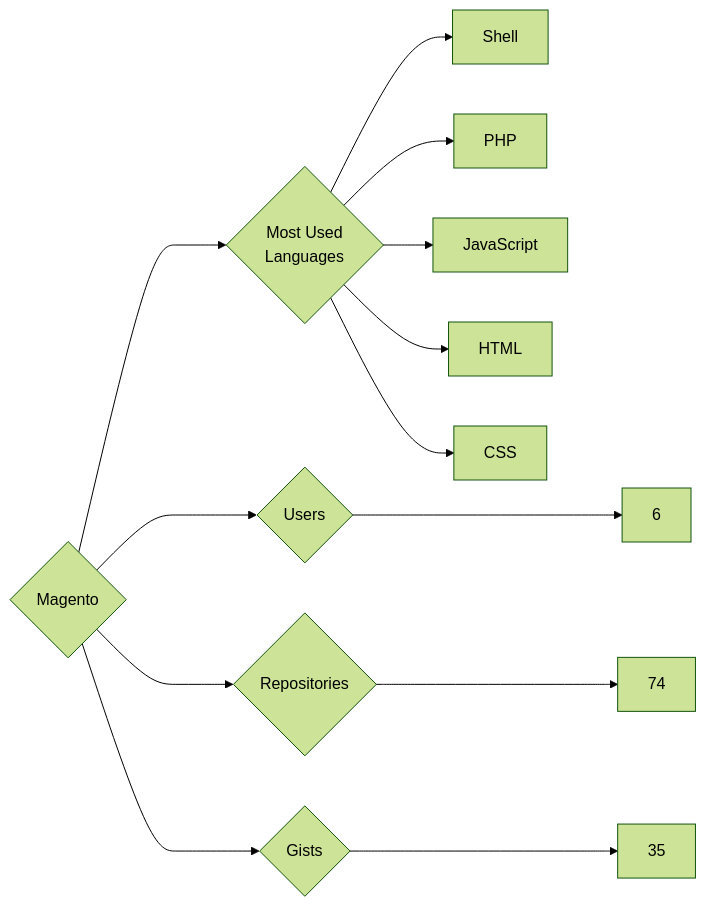
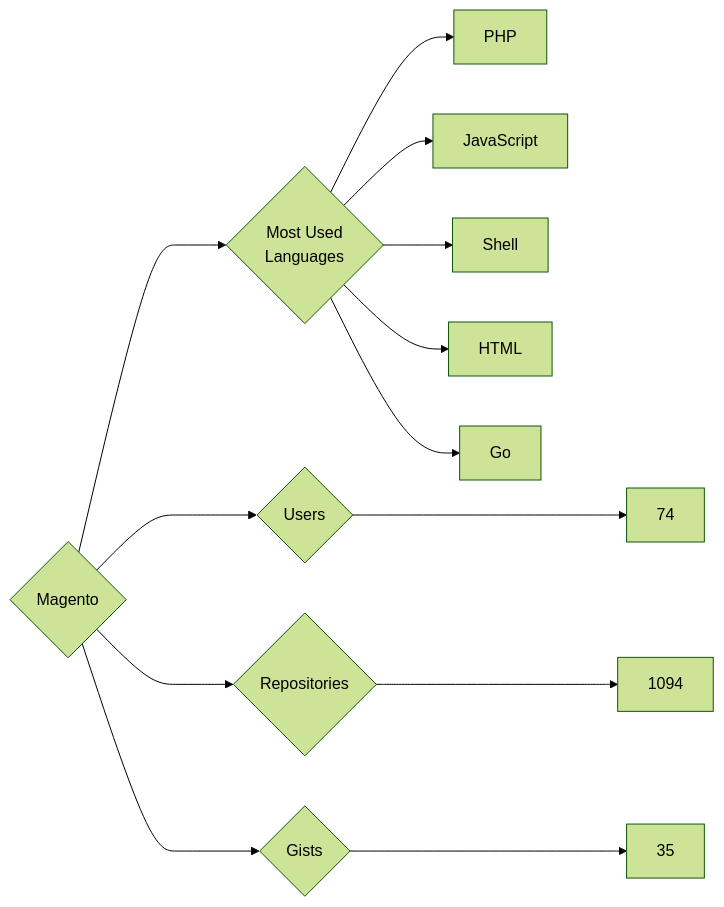
Before and after one commit to trickest/insiders: the diagram in targets/Magento/README.md, drawn with Mermaid (forest theme). The commit also changed 934 other files, not shown here.

````diff
--- a/targets/Magento/README.md
+++ b/targets/Magento/README.md
@@ -3,13 +3,13 @@
 ```mermaid
 graph LR
 COMPANY_NAME{Magento}
-COMPANY_NAME ---> U{Users} ---> UN[6]
-COMPANY_NAME ---> R{Repositories} ---> RN[74]
+COMPANY_NAME ---> U{Users} ---> UN[74]
+COMPANY_NAME ---> R{Repositories} ---> RN[1094]
 COMPANY_NAME ---> G{Gists} ---> GN[35]
 COMPANY_NAME ---> ML{Most Used<br>Languages}
-ML --> Shell[Shell]
 ML --> PHP[PHP]
 ML --> JavaScript[JavaScript]
+ML --> Shell[Shell]
 ML --> HTML[HTML]
-ML --> CSS[CSS]
+ML --> Go[Go]
 ```
````
